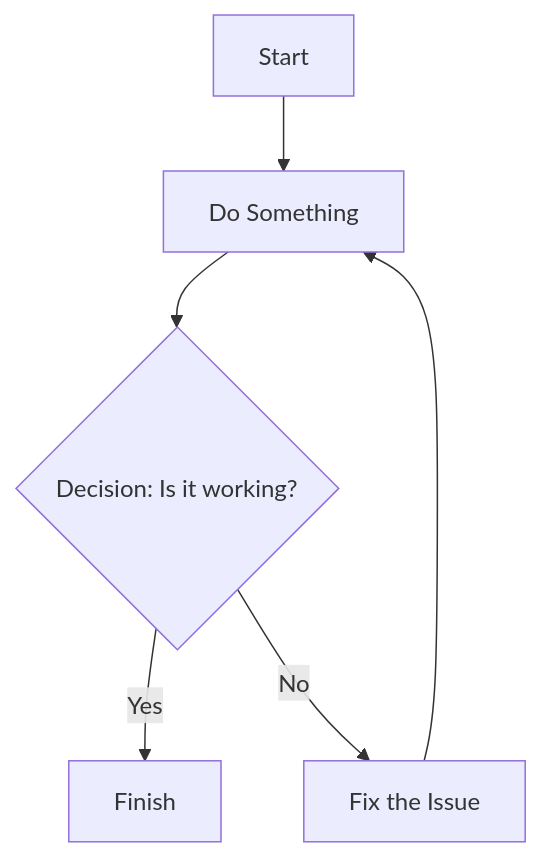
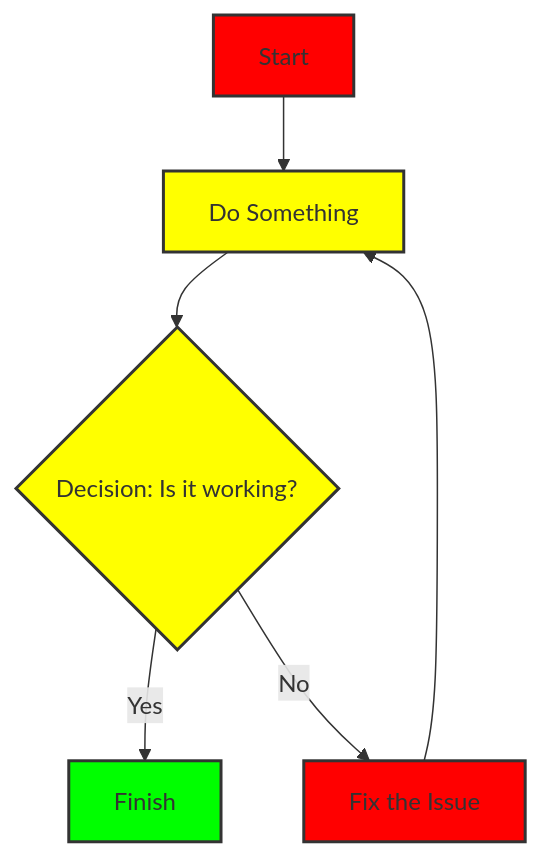
One commit to greg1d/PFAS-IMplementor-for-Mass-Spectrometry--PIMMS- changed the diagram in Project organization/PIMMS flowchart.md. Above: the diagram before and after it, drawn with Mermaid.

Commit message:
Added coloring

````diff
--- a/Project organization/PIMMS flowchart.md
+++ b/Project organization/PIMMS flowchart.md
@@ -3,8 +3,14 @@
 ```mermaid
 graph TD
     A[Start] --> B[Do Something]
     B --> C{Decision: Is it working?}
     C -->|Yes| D[Finish]
     C -->|No| E[Fix the Issue]
     E --> B
+
+    style A fill:#ff0000,stroke:#333,stroke-width:2px
+    style B fill:#ffff00,stroke:#333,stroke-width:2px
+    style C fill:#ffff00,stroke:#333,stroke-width:2px
+    style D fill:#00ff00,stroke:#333,stroke-width:2px
+    style E fill:#ff0000,stroke:#333,stroke-width:2px
 ```
````
